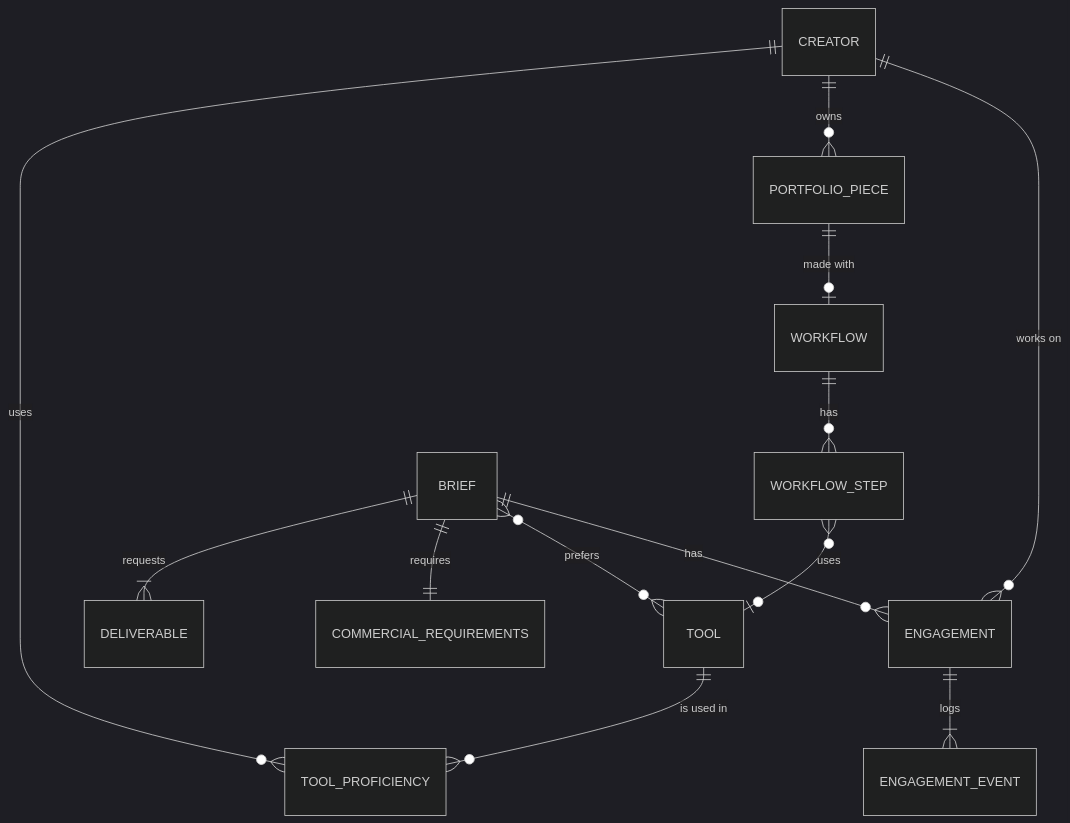
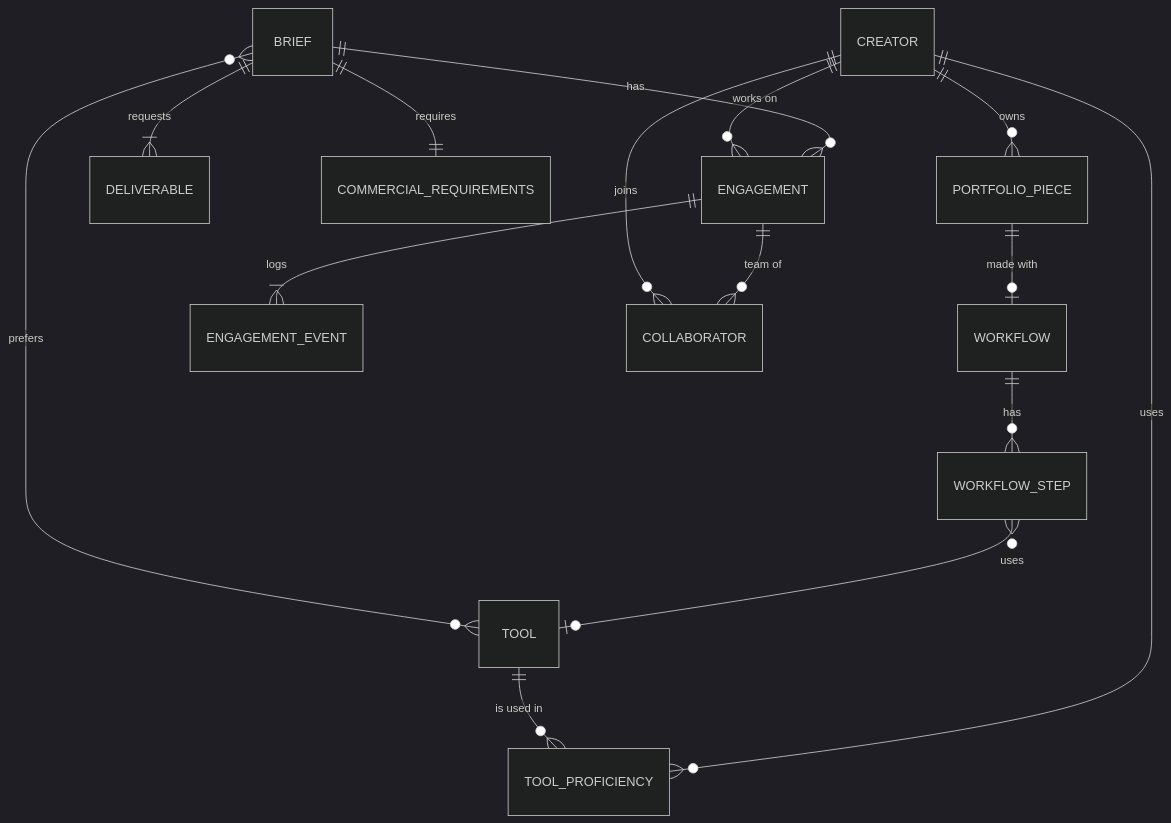
The diagram in docs/DATA_MODEL.md (YaSh9373-dot/lumora), drawn with Mermaid (dark theme) before and after one commit. The commit also changed other lines of this file and 14 other files, not shown here.

Commit message:
Separate brand and creator engagement URLs; creator teams with roles and fee shares

````diff
--- a/docs/DATA_MODEL.md
+++ b/docs/DATA_MODEL.md
@@ -31,15 +32,17 @@
 ```mermaid
 erDiagram
   CREATOR ||--o{ TOOL_PROFICIENCY : uses
   TOOL ||--o{ TOOL_PROFICIENCY : "is used in"
   CREATOR ||--o{ PORTFOLIO_PIECE : owns
   PORTFOLIO_PIECE ||--o| WORKFLOW : "made with"
   WORKFLOW ||--o{ WORKFLOW_STEP : has
   WORKFLOW_STEP }o--o| TOOL : uses
   BRIEF ||--|{ DELIVERABLE : requests
   BRIEF ||--|| COMMERCIAL_REQUIREMENTS : requires
   BRIEF }o--o{ TOOL : prefers
   BRIEF ||--o{ ENGAGEMENT : has
   CREATOR ||--o{ ENGAGEMENT : "works on"
   ENGAGEMENT ||--|{ ENGAGEMENT_EVENT : logs
+  ENGAGEMENT ||--o{ COLLABORATOR : "team of"
+  CREATOR ||--o{ COLLABORATOR : joins
 ```
````
